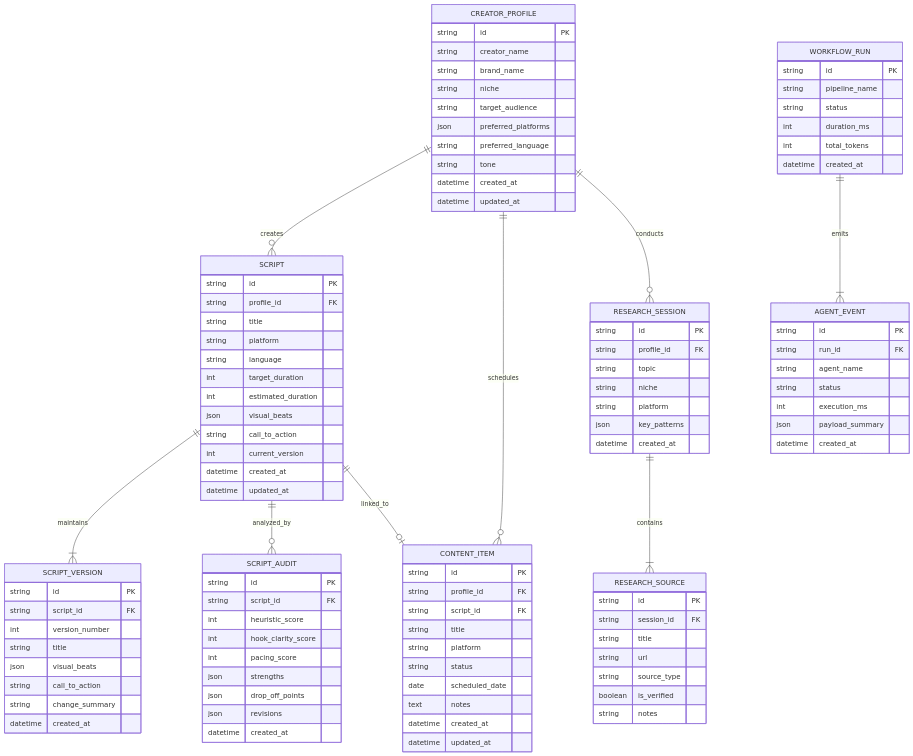
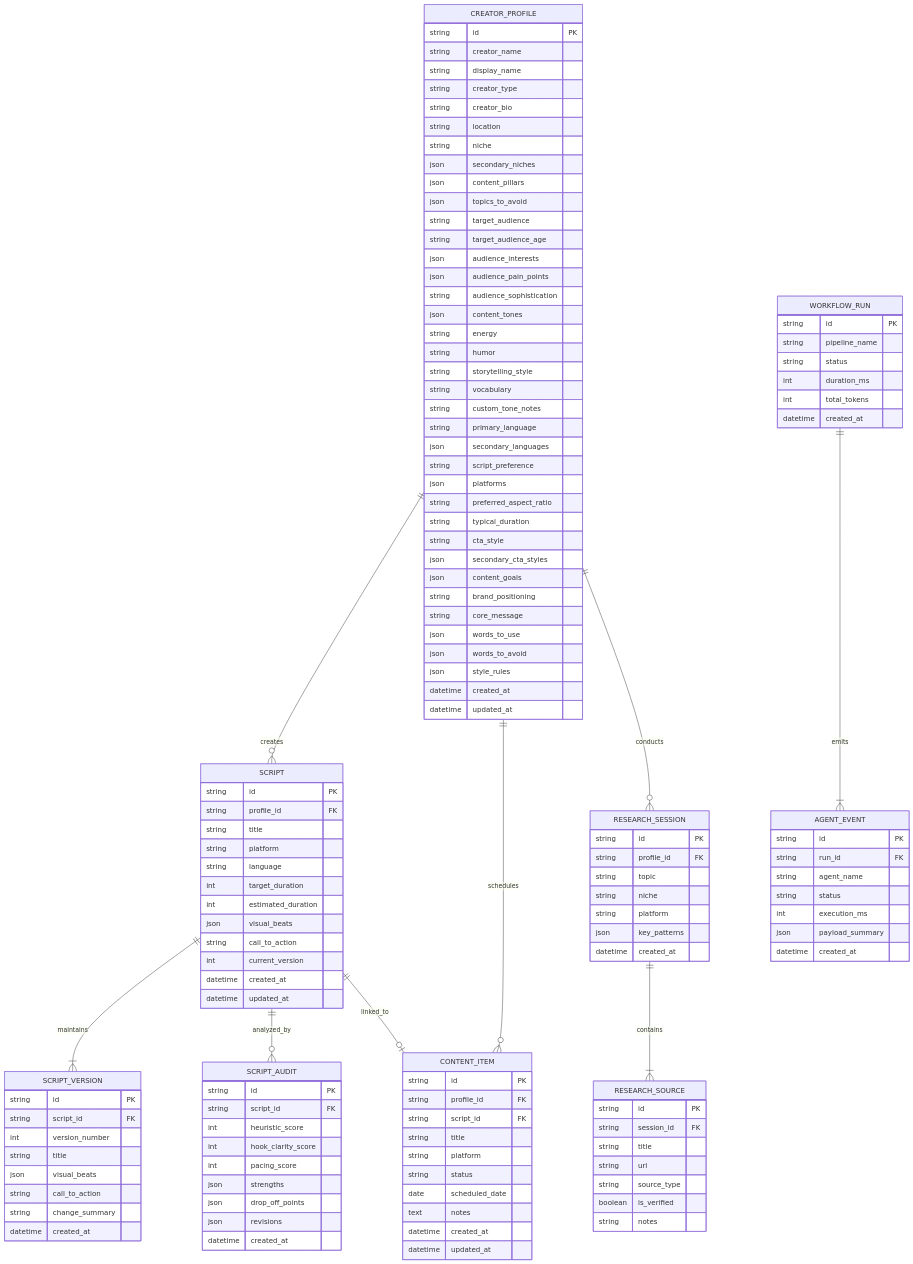
Before and after one commit to vamshi933786/CINEHA.AI: the diagram in docs/DATABASE.md, drawn with Mermaid. The commit also changed 24 other files, not shown here.

```diff
--- a/docs/DATABASE.md
+++ b/docs/DATABASE.md
@@ -23,12 +23,39 @@
     CREATOR_PROFILE {
         string id PK
         string creator_name
-        string brand_name
+        string display_name
+        string creator_type
+        string creator_bio
+        string location
         string niche
+        json secondary_niches
+        json content_pillars
+        json topics_to_avoid
         string target_audience
-        json preferred_platforms
-        string preferred_language
-        string tone
+        string target_audience_age
+        json audience_interests
+        json audience_pain_points
+        string audience_sophistication
+        json content_tones
+        string energy
+        string humor
+        string storytelling_style
+        string vocabulary
+        string custom_tone_notes
+        string primary_language
+        json secondary_languages
+        string script_preference
+        json platforms
+        string preferred_aspect_ratio
+        string typical_duration
+        string cta_style
+        json secondary_cta_styles
+        json content_goals
+        string brand_positioning
+        string core_message
+        json words_to_use
+        json words_to_avoid
+        json style_rules
         datetime created_at
         datetime updated_at
     }
```
